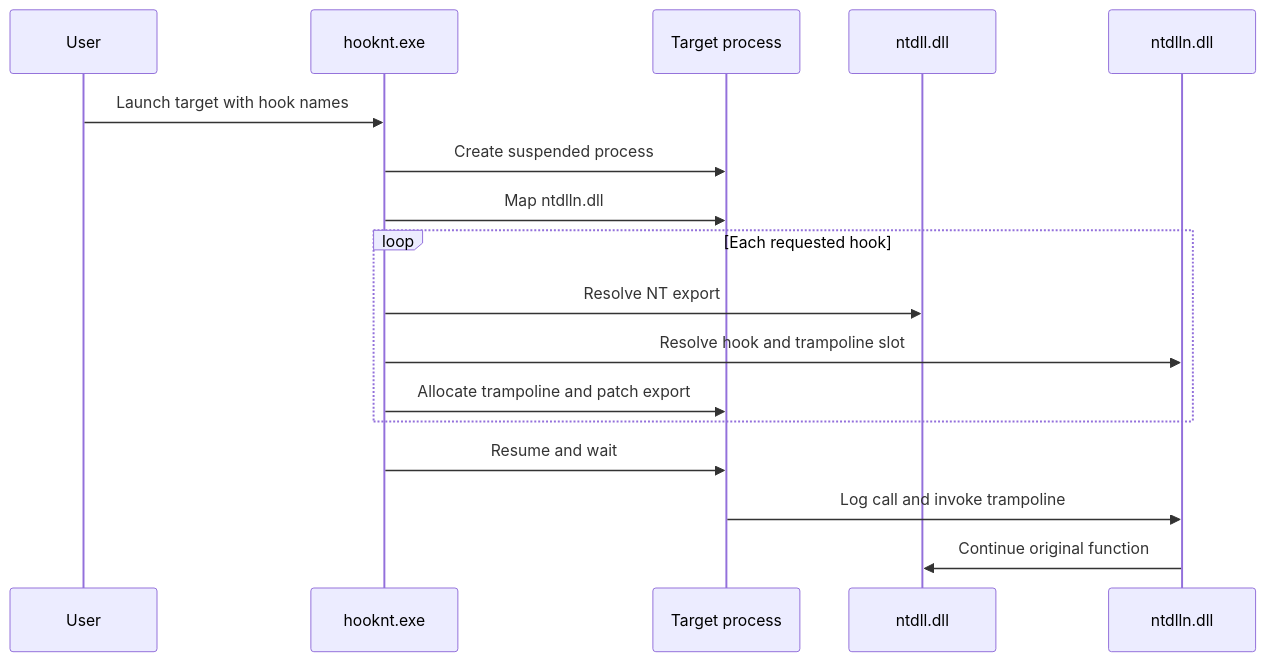
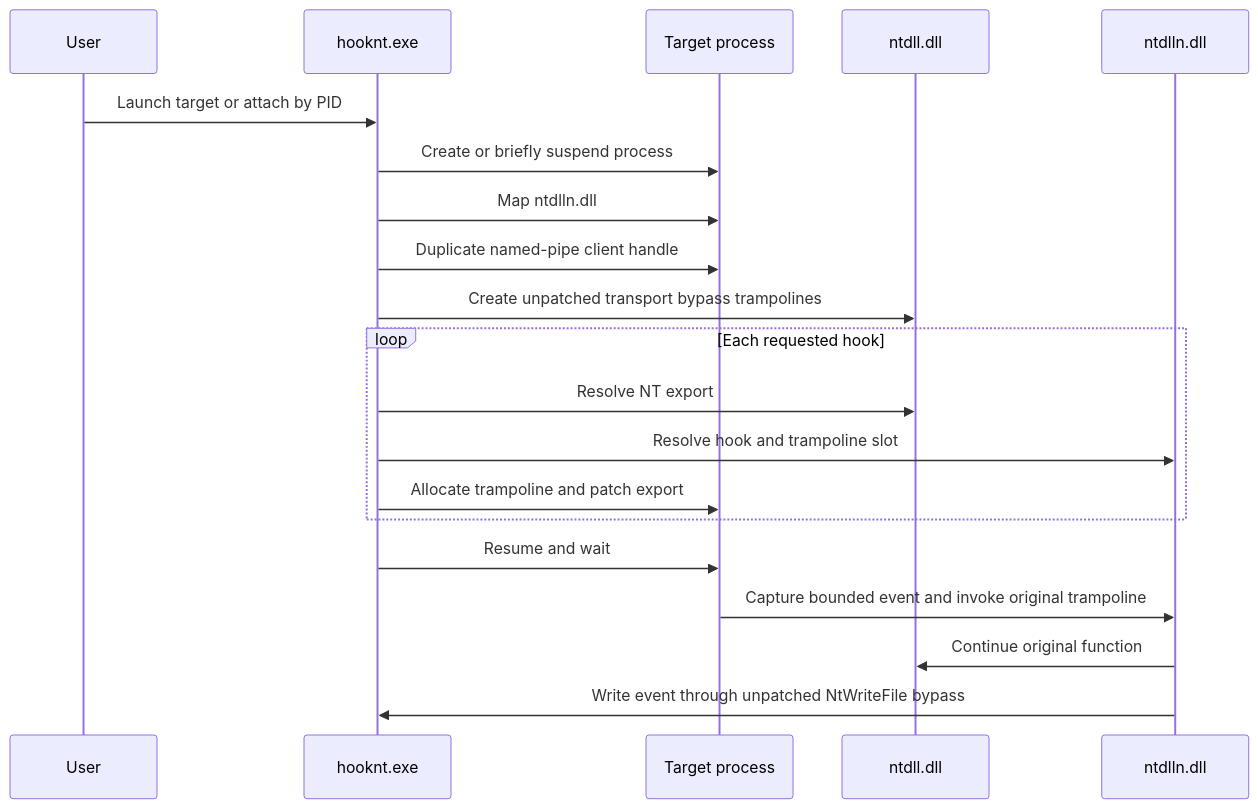
Before and after one commit to sonx4444/hook-nt: the diagram in README.md, drawn with Mermaid. The commit also changed other lines of this file and 51 other files, not shown here.

````diff
--- a/README.md
+++ b/README.md
@@ -89,20 +135,23 @@
 ```mermaid
 sequenceDiagram
     participant User
     participant HookNt as hooknt.exe
     participant Target as Target process
     participant NTDLL as ntdll.dll
     participant Hooks as ntdlln.dll
 
-    User->>HookNt: Launch target with hook names
-    HookNt->>Target: Create suspended process
+    User->>HookNt: Launch target or attach by PID
+    HookNt->>Target: Create or briefly suspend process
     HookNt->>Target: Map ntdlln.dll
+    HookNt->>Target: Duplicate named-pipe client handle
+    HookNt->>NTDLL: Create unpatched transport bypass trampolines
     loop Each requested hook
         HookNt->>NTDLL: Resolve NT export
         HookNt->>Hooks: Resolve hook and trampoline slot
         HookNt->>Target: Allocate trampoline and patch export
     end
     HookNt->>Target: Resume and wait
-    Target->>Hooks: Log call and invoke trampoline
+    Target->>Hooks: Capture bounded event and invoke original trampoline
     Hooks->>NTDLL: Continue original function
+    Hooks->>HookNt: Write event through unpatched NtWriteFile bypass
 ```
````
